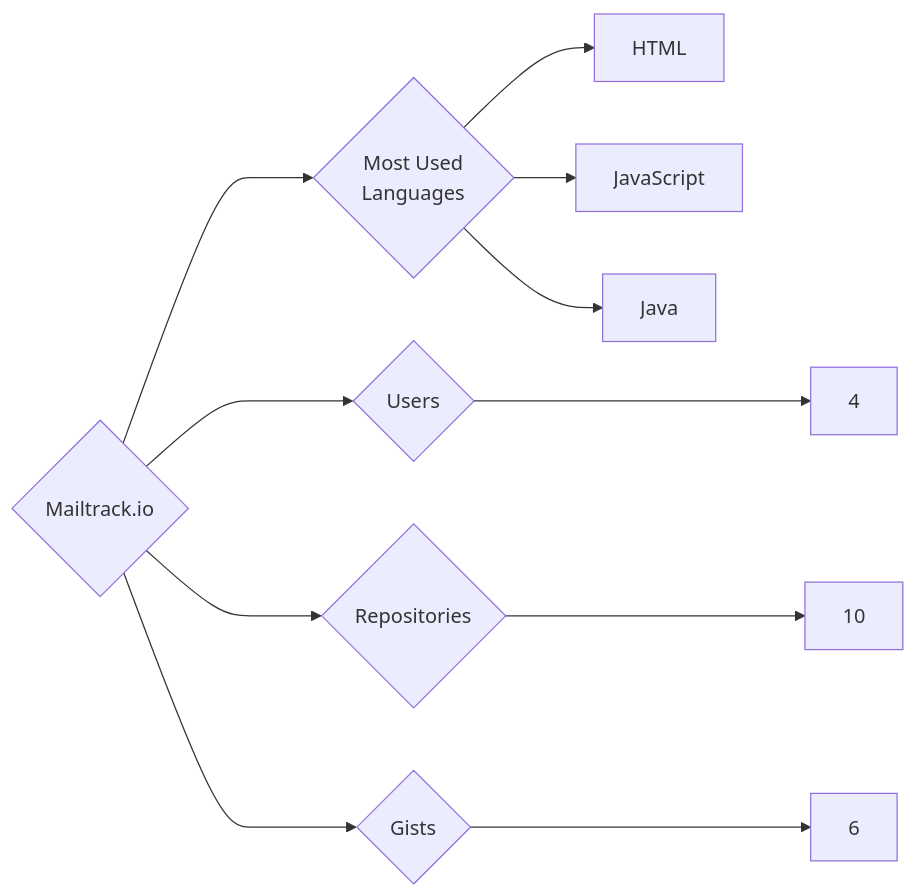
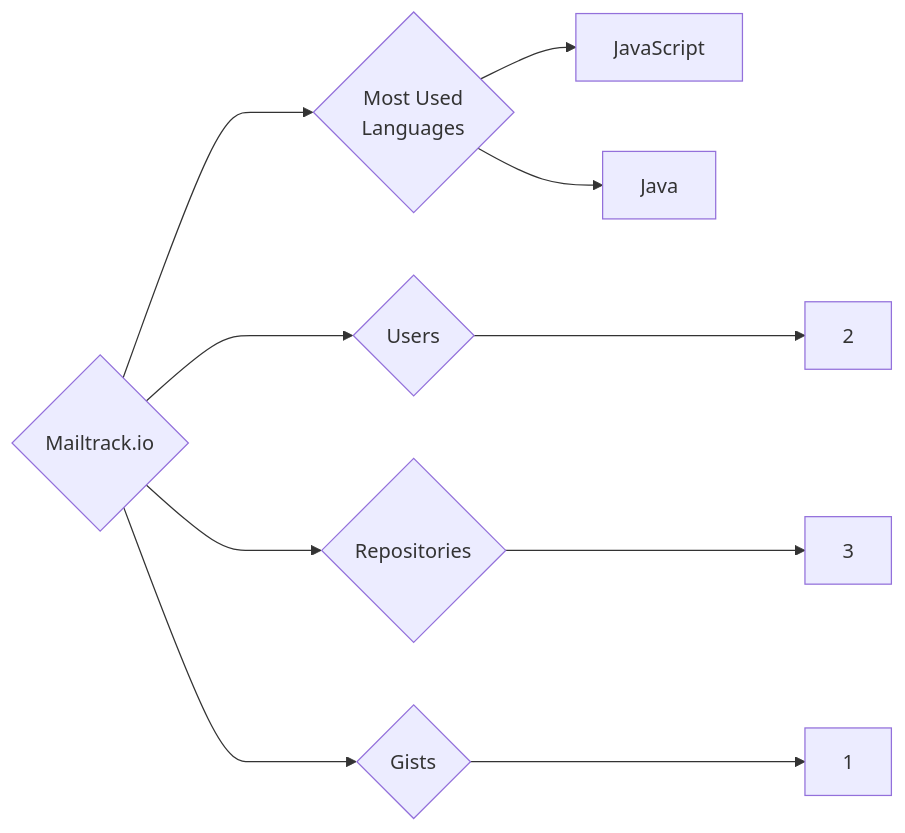
The diagram in targets/Mailtrack.io/README.md (trickest/insiders), drawn with Mermaid before and after one commit. The commit also changed 815 other files, not shown here.

````diff
--- a/targets/Mailtrack.io/README.md
+++ b/targets/Mailtrack.io/README.md
@@ -3,11 +3,10 @@
 ```mermaid
 graph LR
 COMPANY_NAME{Mailtrack.io}
-COMPANY_NAME ---> U{Users} ---> UN[4]
-COMPANY_NAME ---> R{Repositories} ---> RN[10]
-COMPANY_NAME ---> G{Gists} ---> GN[6]
+COMPANY_NAME ---> U{Users} ---> UN[2]
+COMPANY_NAME ---> R{Repositories} ---> RN[3]
+COMPANY_NAME ---> G{Gists} ---> GN[1]
 COMPANY_NAME ---> ML{Most Used<br>Languages}
-ML --> HTML[HTML]
 ML --> JavaScript[JavaScript]
 ML --> Java[Java]
 ```
````
